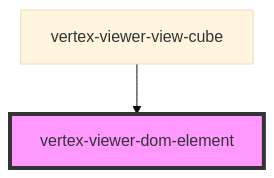
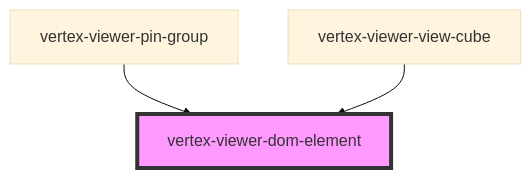
The diagram in packages/viewer/src/components/viewer-dom-element/readme.md (Vertexvis/vertex-web-sdk), drawn with Mermaid (base theme) before and after one commit. The commit also changed other lines of this file and 36 other files, not shown here.

````diff
--- a/packages/viewer/src/components/viewer-dom-element/readme.md
+++ b/packages/viewer/src/components/viewer-dom-element/readme.md
@@ -43,5 +44,6 @@
 ```mermaid
 graph TD;
+  vertex-viewer-pin-group --> vertex-viewer-dom-element
   vertex-viewer-view-cube --> vertex-viewer-dom-element
   style vertex-viewer-dom-element fill:#f9f,stroke:#333,stroke-width:4px
 ```
````
